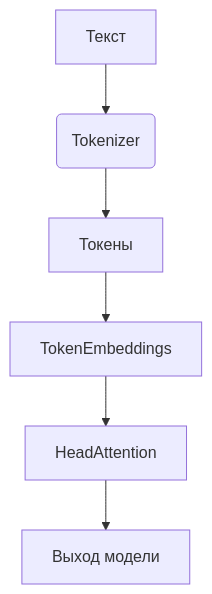
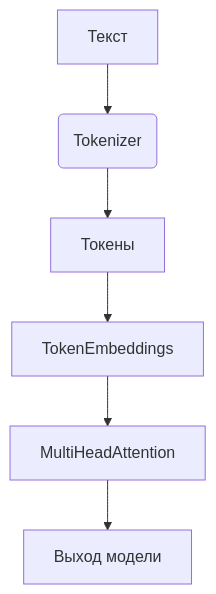
The diagram in README.md (pese-git/simple-llm), drawn with Mermaid before and after one commit. The commit also changed other lines of this file, not shown here.

First line of the commit message:
Обновление README: добавлена информация о MultiHeadAttention

````diff
--- a/README.md
+++ b/README.md
@@ -37,8 +37,8 @@
 ```mermaid
 graph TD
     A[Текст] --> B(Tokenizer)
     B --> C[Токены]
     C --> D[TokenEmbeddings]
-    D --> E[HeadAttention]
+    D --> E[MultiHeadAttention]
     E --> F[Выход модели]
 ```
````
